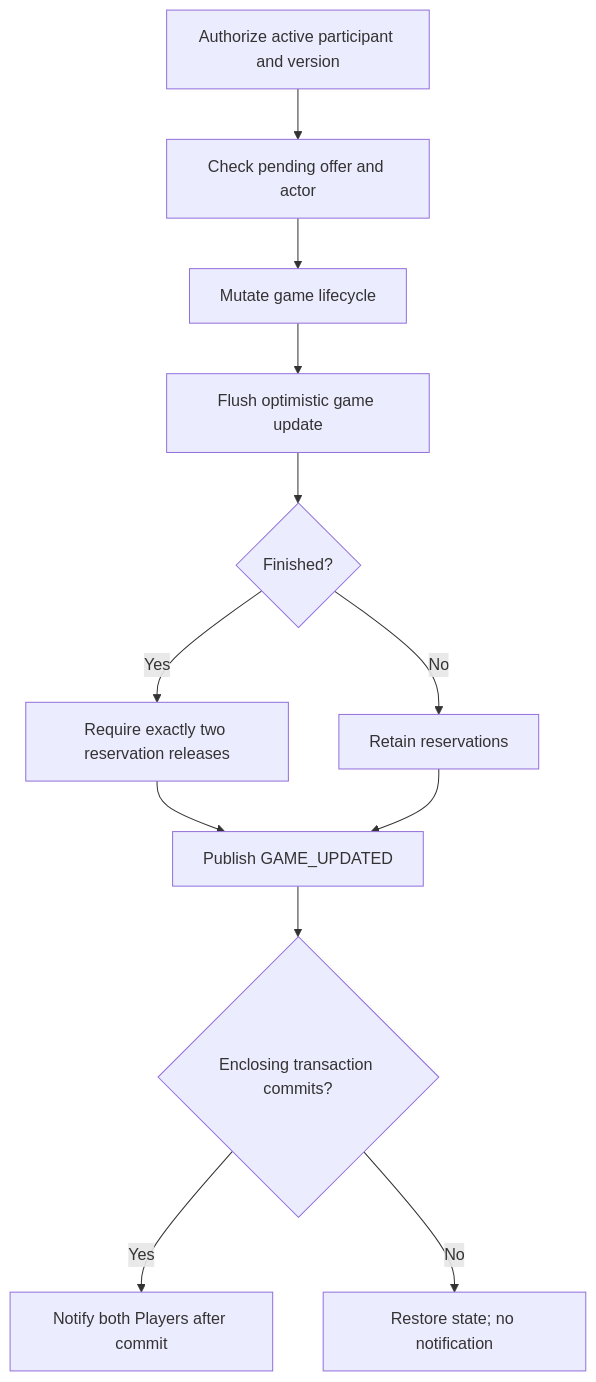
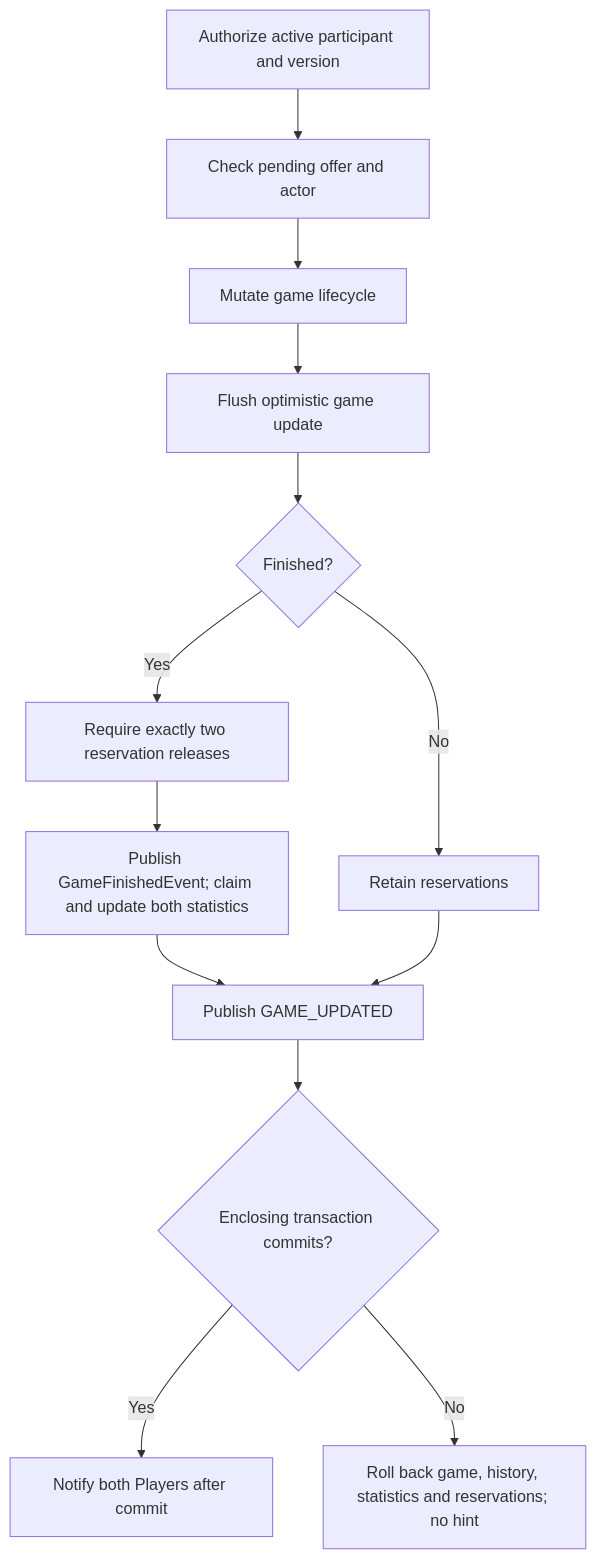
Before and after one commit to parisana/chess-web-app: the second of 3 diagrams in docs/game-lifecycle-flow.md, drawn with Mermaid. The commit also changed other lines of this file and 13 other files, not shown here.

````diff
--- a/docs/game-lifecycle-flow.md
+++ b/docs/game-lifecycle-flow.md
@@ -34,14 +34,15 @@
 ```mermaid
 flowchart TD
     A["Authorize active participant and version"] --> B["Check pending offer and actor"]
     B --> C["Mutate game lifecycle"]
     C --> D["Flush optimistic game update"]
     D --> E{"Finished?"}
     E -->|Yes| F["Require exactly two reservation releases"]
     E -->|No| G["Retain reservations"]
-    F --> H["Publish GAME_UPDATED"]
+    F --> S["Publish GameFinishedEvent; claim and update both statistics"]
+    S --> H["Publish GAME_UPDATED"]
     G --> H
     H --> I{"Enclosing transaction commits?"}
     I -->|Yes| J["Notify both Players after commit"]
-    I -->|No| K["Restore state; no notification"]
+    I -->|No| K["Roll back game, history, statistics and reservations; no hint"]
 ```
````
